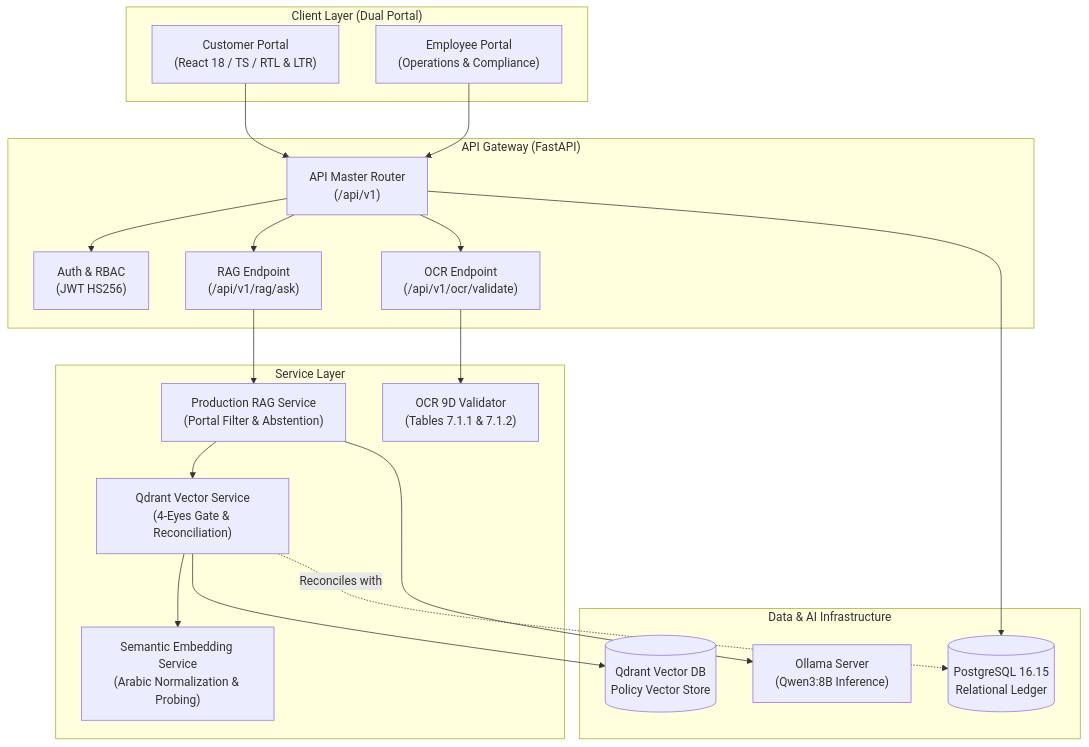
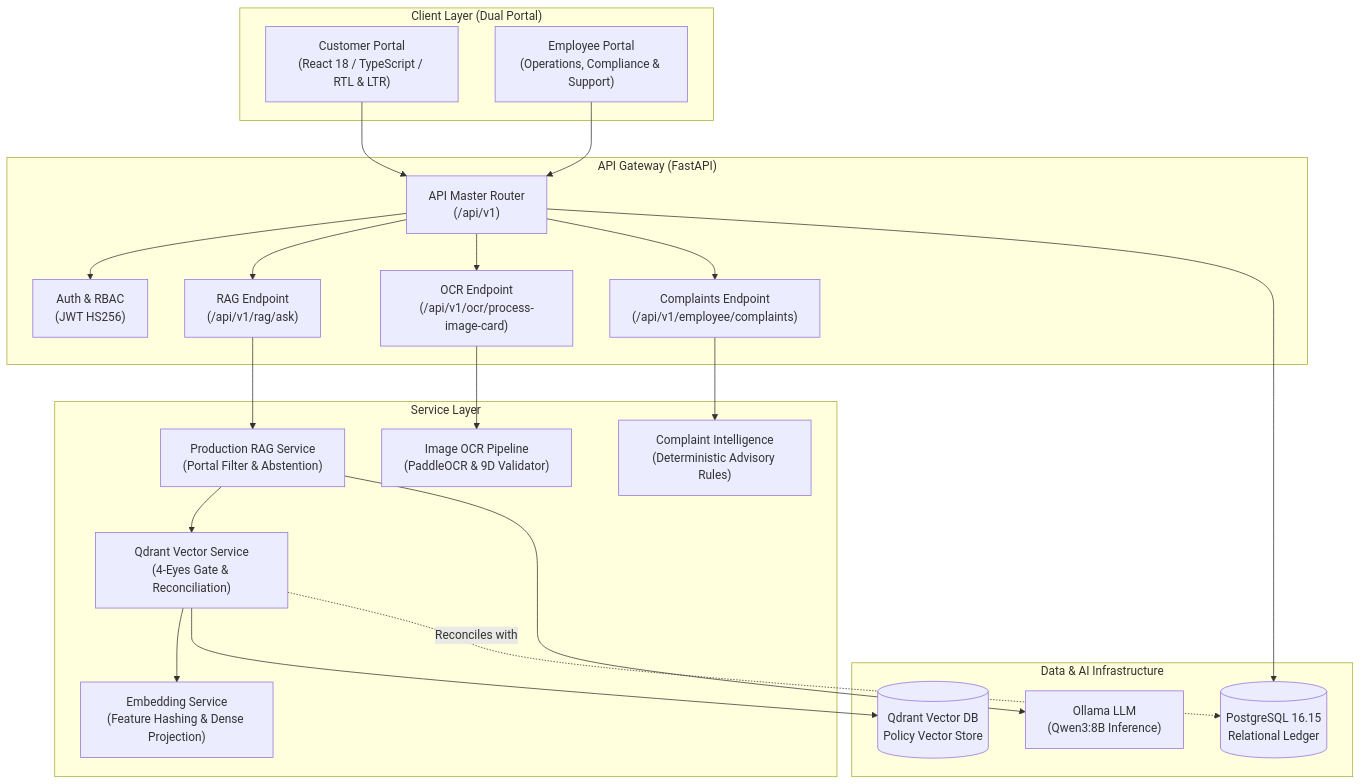
Before and after one commit to AbdelrhmanAkl/NileOps_V4: the diagram in README.md, drawn with Mermaid. The commit also changed other lines of this file and 135 other files, not shown here.

````diff
--- a/README.md
+++ b/README.md
@@ -50,41 +52,45 @@
 ```mermaid
 graph TB
     subgraph ClientLayer ["Client Layer (Dual Portal)"]
-        CP["Customer Portal<br/>(React 18 / TS / RTL & LTR)"]
-        EP["Employee Portal<br/>(Operations & Compliance)"]
+        CP["Customer Portal<br/>(React 18 / TypeScript / RTL & LTR)"]
+        EP["Employee Portal<br/>(Operations, Compliance & Support)"]
     end
 
     subgraph APILayer ["API Gateway (FastAPI)"]
         AUTH["Auth & RBAC<br/>(JWT HS256)"]
         ROUTER["API Master Router<br/>(/api/v1)"]
         RAG_API["RAG Endpoint<br/>(/api/v1/rag/ask)"]
-        OCR_API["OCR Endpoint<br/>(/api/v1/ocr/validate)"]
+        OCR_API["OCR Endpoint<br/>(/api/v1/ocr/process-image-card)"]
+        CMP_API["Complaints Endpoint<br/>(/api/v1/employee/complaints)"]
     end
 
     subgraph ServiceLayer ["Service Layer"]
         RAG_SVC["Production RAG Service<br/>(Portal Filter & Abstention)"]
         VEC_SVC["Qdrant Vector Service<br/>(4-Eyes Gate & Reconciliation)"]
-        EMB_SVC["Semantic Embedding Service<br/>(Arabic Normalization & Probing)"]
-        OCR_SVC["OCR 9D Validator<br/>(Tables 7.1.1 & 7.1.2)"]
+        EMB_SVC["Embedding Service<br/>(Feature Hashing & Dense Projection)"]
+        OCR_SVC["Image OCR Pipeline<br/>(PaddleOCR & 9D Validator)"]
+        CMP_SVC["Complaint Intelligence<br/>(Deterministic Advisory Rules)"]
     end
 
     subgraph DataLayer ["Data & AI Infrastructure"]
         PG[("PostgreSQL 16.15<br/>Relational Ledger")]
         QD[("Qdrant Vector DB<br/>Policy Vector Store")]
-        OLLAMA["Ollama Server<br/>(Qwen3:8B Inference)"]
+        OLLAMA["Ollama LLM<br/>(Qwen3:8B Inference)"]
     end
 
     CP --> ROUTER
     EP --> ROUTER
     ROUTER --> AUTH
     ROUTER --> RAG_API
     ROUTER --> OCR_API
+    ROUTER --> CMP_API
     RAG_API --> RAG_SVC
     OCR_API --> OCR_SVC
+    CMP_API --> CMP_SVC
     RAG_SVC --> VEC_SVC
     RAG_SVC --> OLLAMA
     VEC_SVC --> EMB_SVC
     VEC_SVC --> QD
     VEC_SVC -.->|Reconciles with| PG
     ROUTER --> PG
 ```
````
